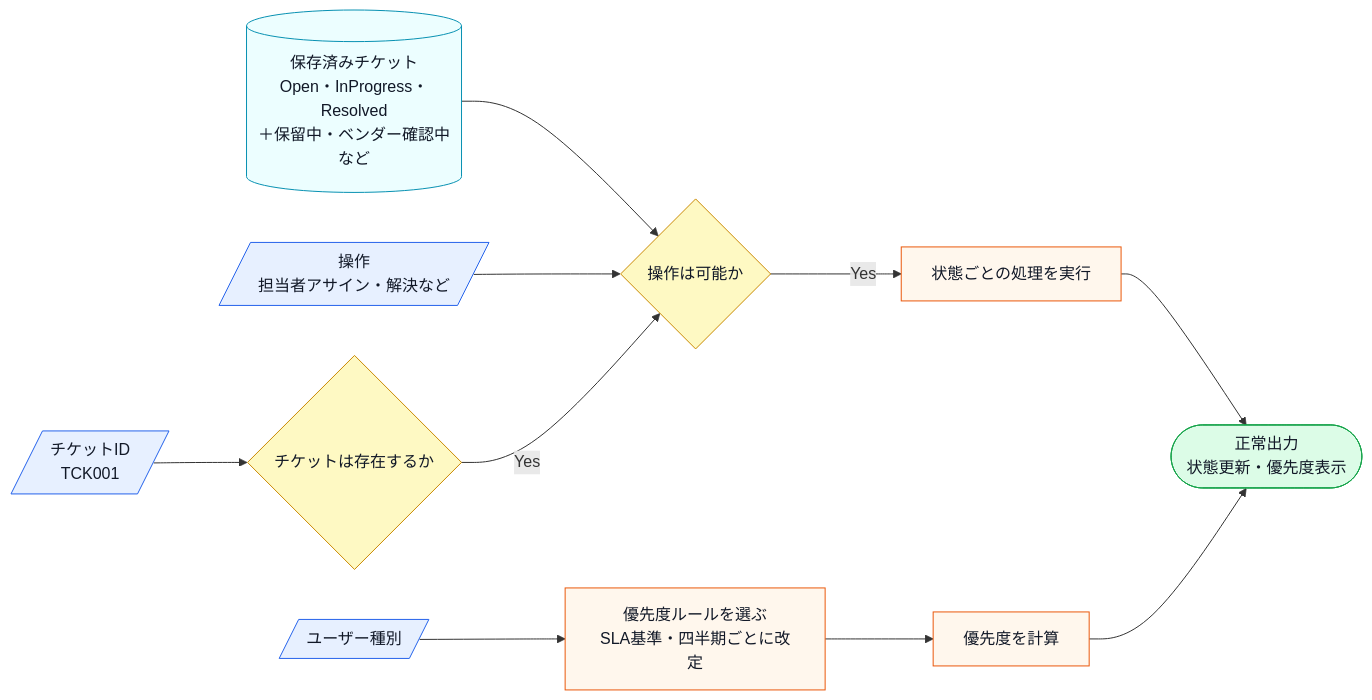
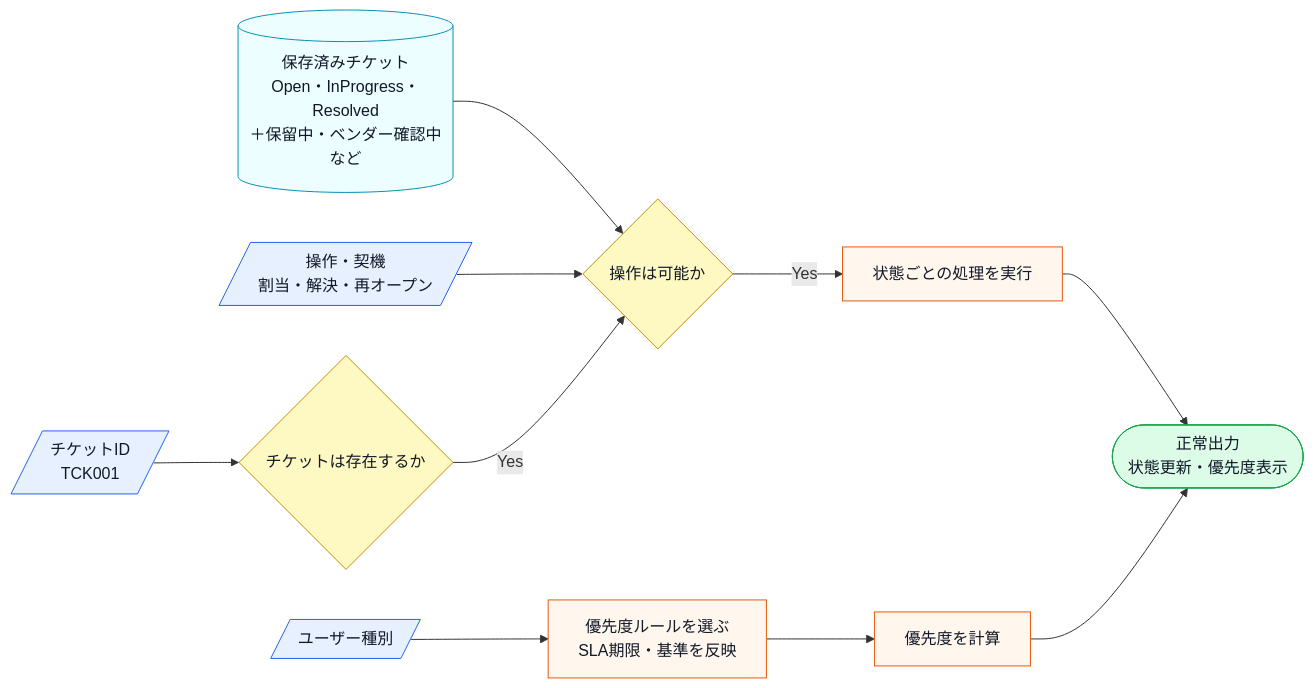
One commit to kumachan1101-pixel/DesignPattern changed the fifth of 14 diagrams in kindle/design-patterns/output/chapter09_2.md. Above: the diagram before and after it, drawn with Mermaid. The commit also changed other lines of this file and 5 other files, not shown here.

````diff
--- a/kindle/design-patterns/output/chapter09_2.md
+++ b/kindle/design-patterns/output/chapter09_2.md
@@ -384,18 +400,18 @@
 ```mermaid
 flowchart LR
     A[/チケットID<br>TCK001/]:::input --> B{チケットは存在するか}:::decision
     C[(保存済みチケット<br>Open・InProgress・Resolved<br>＋保留中・ベンダー確認中など)]:::data --> D{操作は可能か}:::decision
-    E[/ユーザー種別/]:::input --> F[優先度ルールを選ぶ<br>SLA基準・四半期ごとに改定]:::process
-    G[/操作<br>担当者アサイン・解決など/]:::input --> D
+    E[/ユーザー種別/]:::input --> F[優先度ルールを選ぶ<br>SLA期限・基準を反映]:::process
+    G[/操作・契機<br>割当・解決・再オープン/]:::input --> D
     B -->|Yes| D
     D -->|Yes| H[状態ごとの処理を実行]:::process
     F --> I[優先度を計算]:::process
     H --> J([正常出力<br>状態更新・優先度表示]):::normal
     I --> J
 
     classDef data fill:#ecfeff,stroke:#0891b2,color:#111827;
     classDef input fill:#e7f0ff,stroke:#2563eb,color:#111827;
     classDef process fill:#fff7ed,stroke:#ea580c,color:#111827;
     classDef decision fill:#fef9c3,stroke:#ca8a04,color:#111827;
     classDef normal fill:#dcfce7,stroke:#16a34a,color:#111827;
 ```
````
